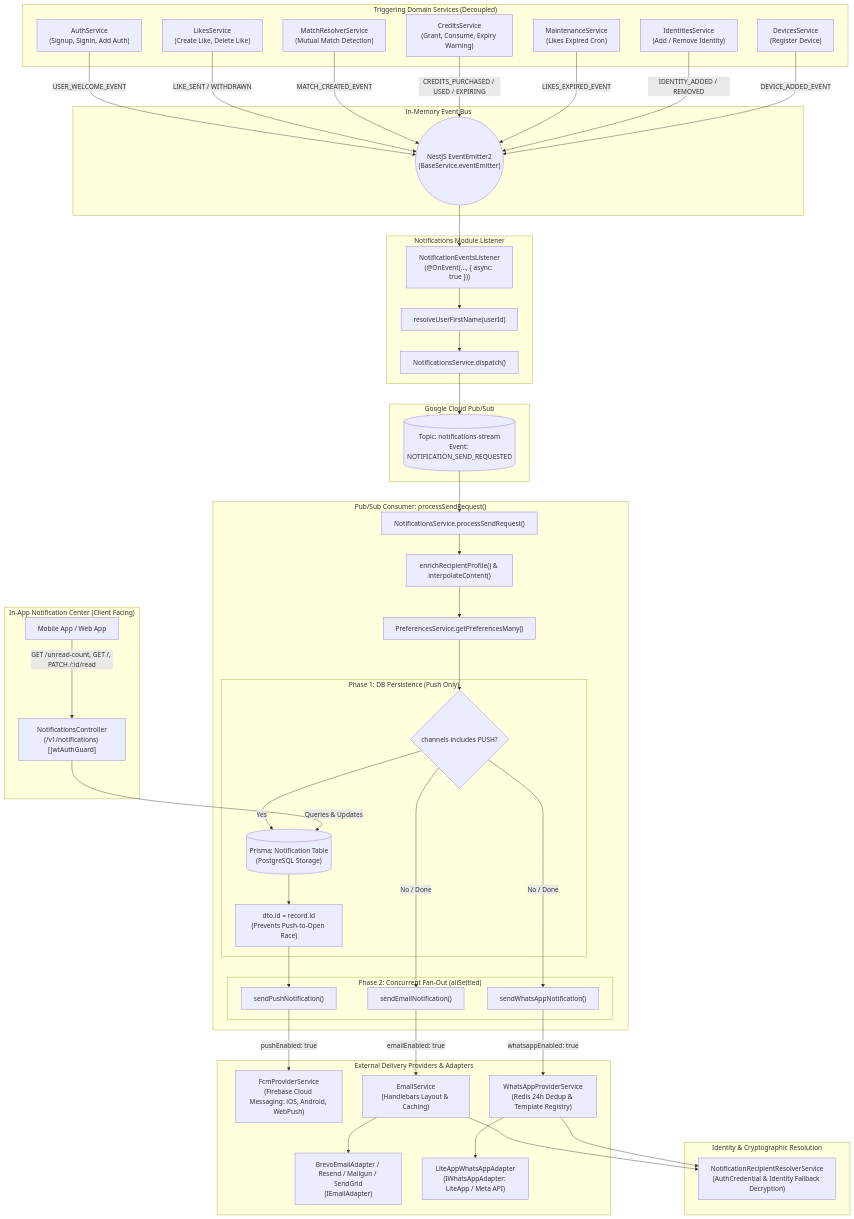
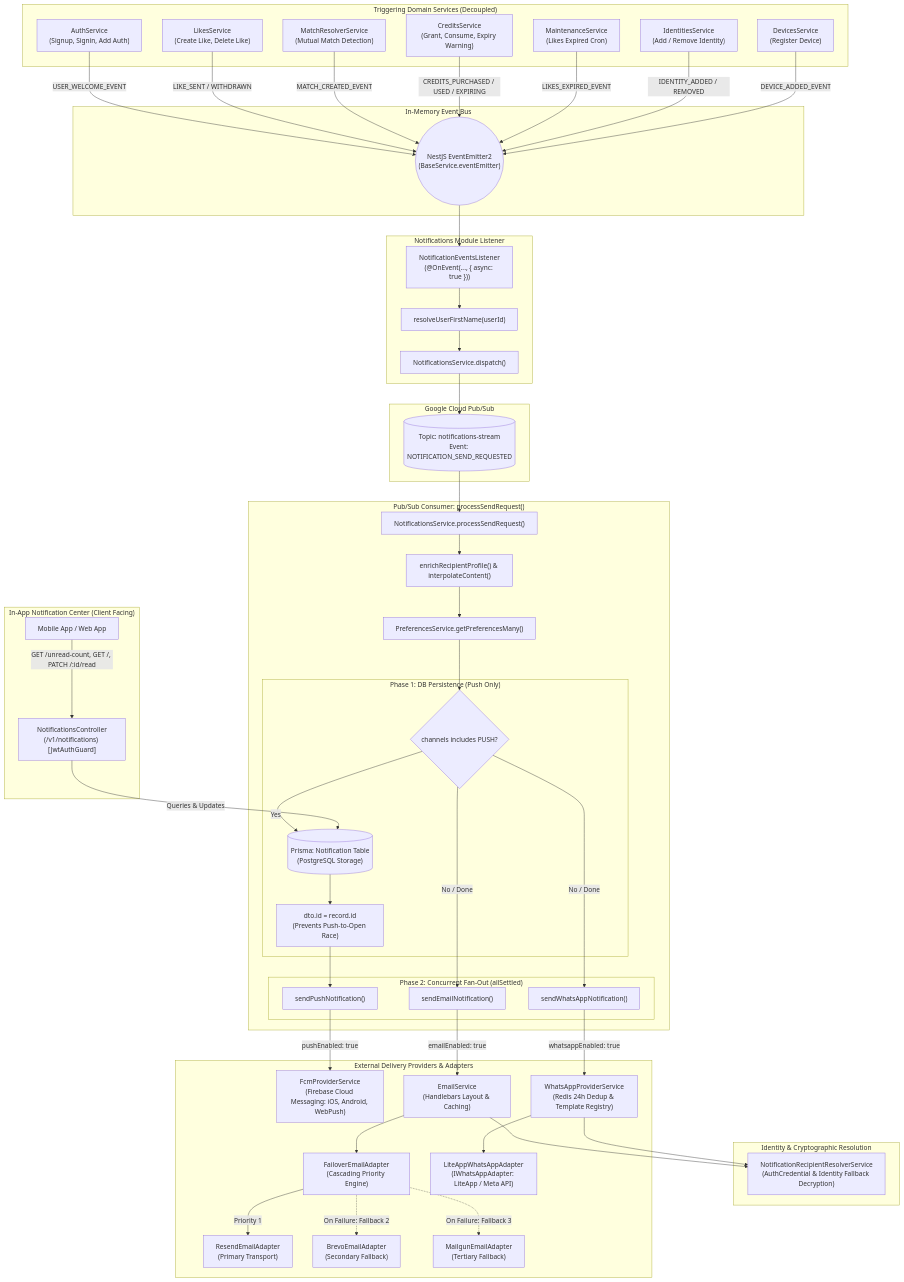
The first of 2 diagrams in docs/docs/modules/notifications.md (SaveSoulApp/Breathaway-Backend), drawn with Mermaid before and after one commit. The commit also changed other lines of this file and 5 other files, not shown here.

```diff
--- a/docs/docs/modules/notifications.md
+++ b/docs/docs/modules/notifications.md
@@ -80,7 +80,10 @@
     subgraph Providers["External Delivery Providers & Adapters"]
         FCM["FcmProviderService<br/>(Firebase Cloud Messaging: iOS, Android, WebPush)"]
         EMAIL_SVC["EmailService<br/>(Handlebars Layout & Caching)"]
-        BREVO["BrevoEmailAdapter / Resend / Mailgun / SendGrid<br/>(IEmailAdapter)"]
+        FAILOVER["FailoverEmailAdapter<br/>(Cascading Priority Engine)"]
+        RESEND["ResendEmailAdapter<br/>(Primary Transport)"]
+        BREVO["BrevoEmailAdapter<br/>(Secondary Fallback)"]
+        MAILGUN["MailgunEmailAdapter<br/>(Tertiary Fallback)"]
         WA_SVC["WhatsAppProviderService<br/>(Redis 24h Dedup & Template Registry)"]
         LITEAPP["LiteAppWhatsAppAdapter<br/>(IWhatsAppAdapter: LiteApp / Meta API)"]
     end
@@ -116,7 +119,10 @@
     SEND_PUSH -->|pushEnabled: true| FCM
     SEND_EMAIL -->|emailEnabled: true| EMAIL_SVC
     EMAIL_SVC --> RESOLVER
-    EMAIL_SVC --> BREVO
+    EMAIL_SVC --> FAILOVER
+    FAILOVER -->|Priority 1| RESEND
+    FAILOVER -.->|On Failure: Fallback 2| BREVO
+    FAILOVER -.->|On Failure: Fallback 3| MAILGUN
 
     SEND_WA -->|whatsappEnabled: true| WA_SVC
     WA_SVC --> RESOLVER
```
